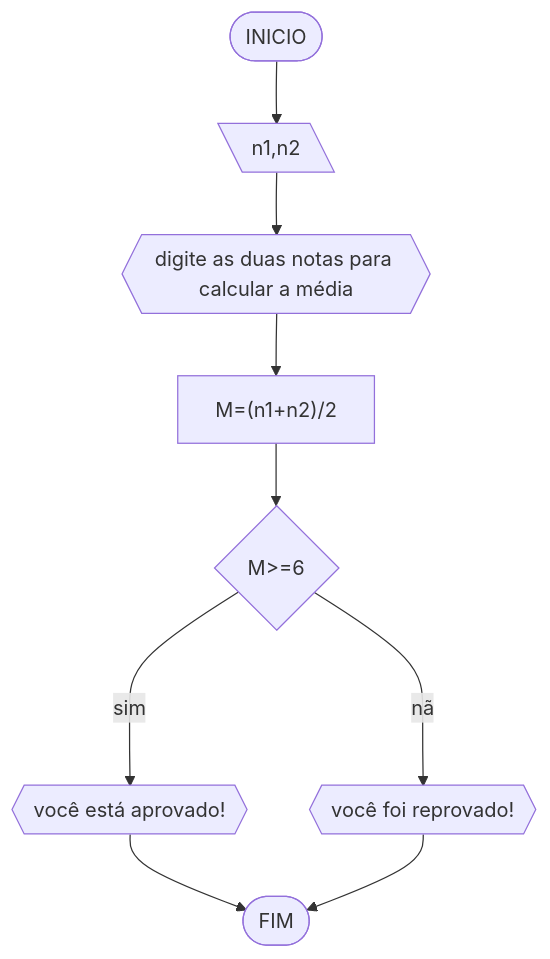
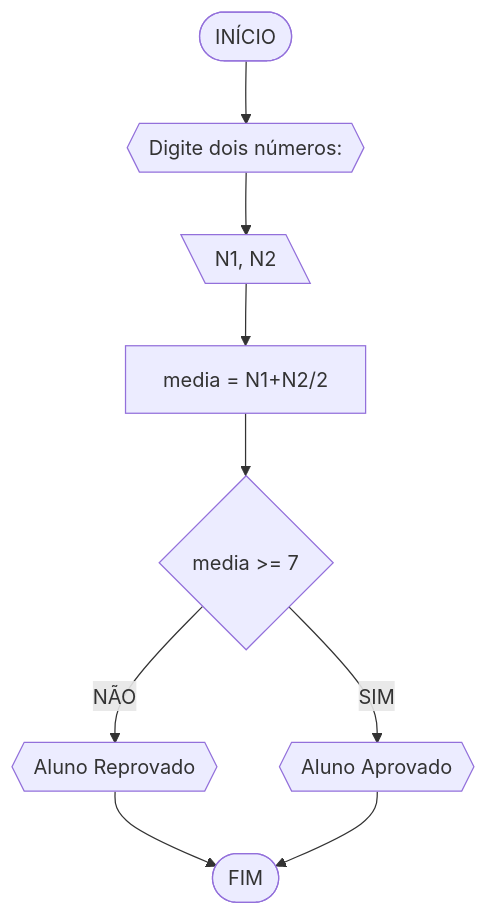
Before and after one commit to Danil0Ribeir0/UNIFOR: the third of 4 diagrams in RLA /AD1/lista_1.md, drawn with Mermaid. The commit also changed other lines of this file, not shown here.

````diff
--- a/RLA /AD1/lista_1.md
+++ b/RLA /AD1/lista_1.md
@@ -81,11 +83,11 @@
 ```mermaid
 flowchart TD
-A([INICIO]) -->B[\n1,n2\]
-B-->C{{"digite as duas notas para calcular a média"}}
-C-->D["M=(n1+n2)/2"]
-D-->E{"M>=6"}
-E--sim-->F{{"você está aprovado!"}}
-E--não-->G{{"você foi reprovado!"}}
-F-->Z([FIM])
-G-->Z
+A([INÍCIO]) --> B{{"Digite dois números:"}}
+B --> C[\N1, N2\]
+C --> D[media = N1+N2/2]
+D --> E{media >= 7}
+E --NÃO--> F{{"Aluno Reprovado"}}
+E --SIM--> G{{"Aluno Aprovado"}}
+F --> Z([FIM])
+G --> Z
 ```
````
